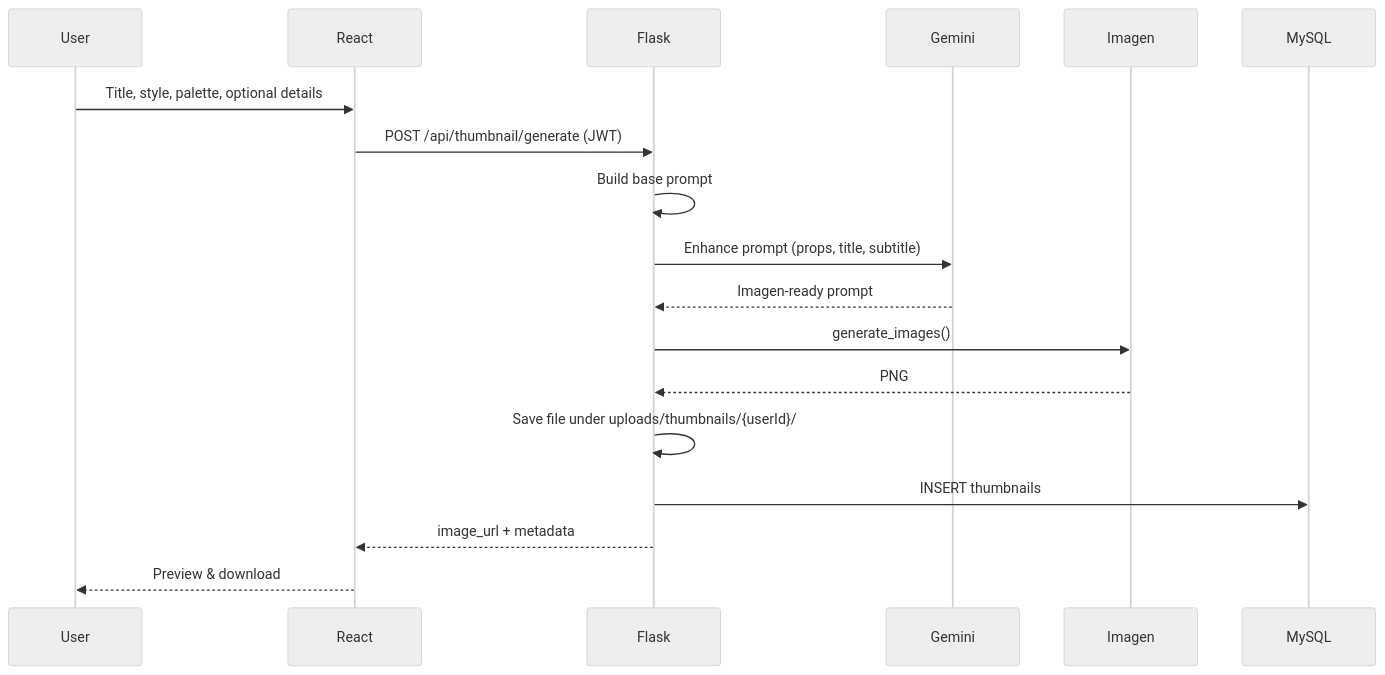
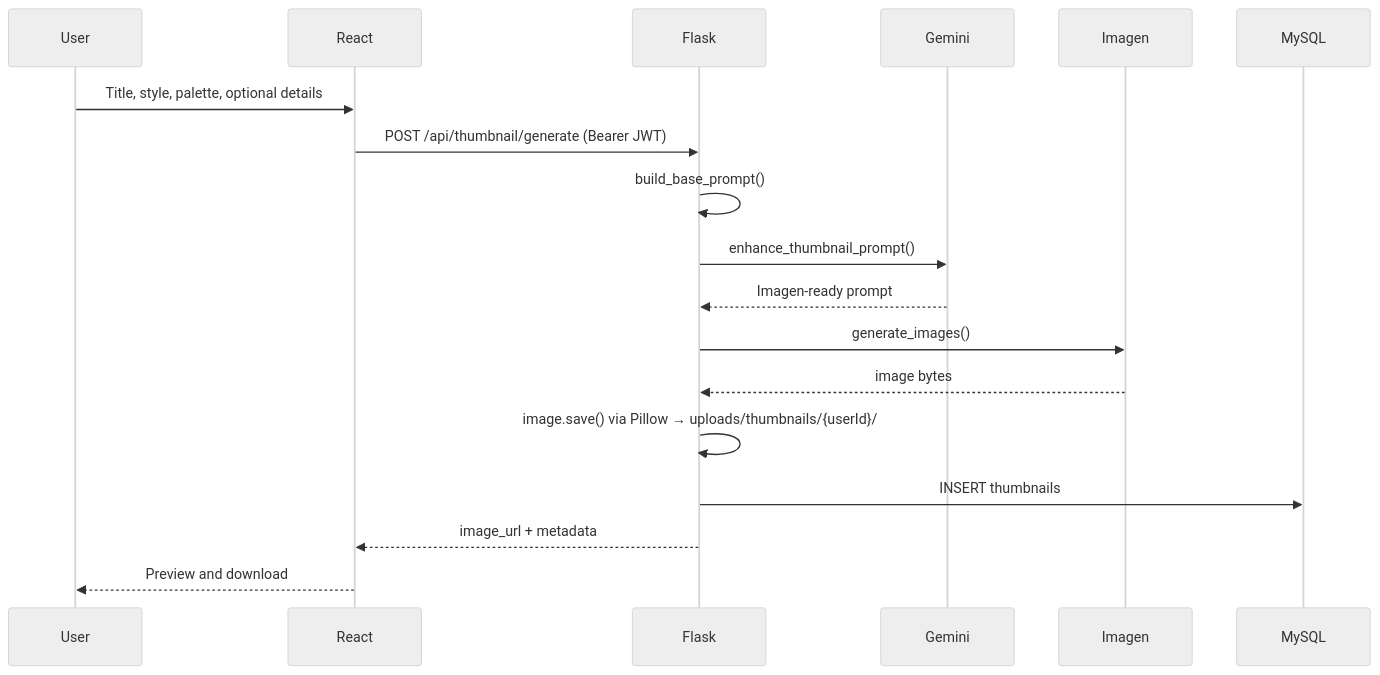
The diagram in README.md (ali-husnain00/thumblify), drawn with Mermaid (neutral theme) before and after one commit. The commit also changed other lines of this file and 10 other files, not shown here.

````diff
--- a/README.md
+++ b/README.md
@@ -66,21 +83,21 @@
 ```mermaid
 sequenceDiagram
     participant User
     participant React
     participant Flask
     participant Gemini
     participant Imagen
     participant MySQL
 
     User->>React: Title, style, palette, optional details
-    React->>Flask: POST /api/thumbnail/generate (JWT)
-    Flask->>Flask: Build base prompt
-    Flask->>Gemini: Enhance prompt (props, title, subtitle)
+    React->>Flask: POST /api/thumbnail/generate (Bearer JWT)
+    Flask->>Flask: build_base_prompt()
+    Flask->>Gemini: enhance_thumbnail_prompt()
     Gemini-->>Flask: Imagen-ready prompt
     Flask->>Imagen: generate_images()
-    Imagen-->>Flask: PNG
-    Flask->>Flask: Save file under uploads/thumbnails/{userId}/
+    Imagen-->>Flask: image bytes
+    Flask->>Flask: image.save() via Pillow → uploads/thumbnails/{userId}/
     Flask->>MySQL: INSERT thumbnails
     Flask-->>React: image_url + metadata
-    React-->>User: Preview & download
+    React-->>User: Preview and download
 ```
````
